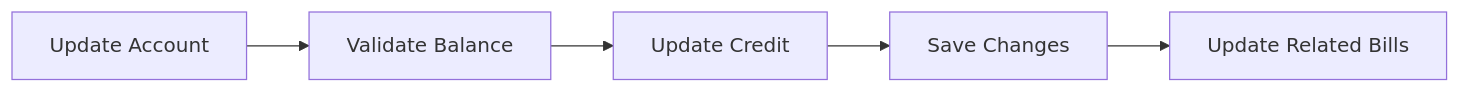
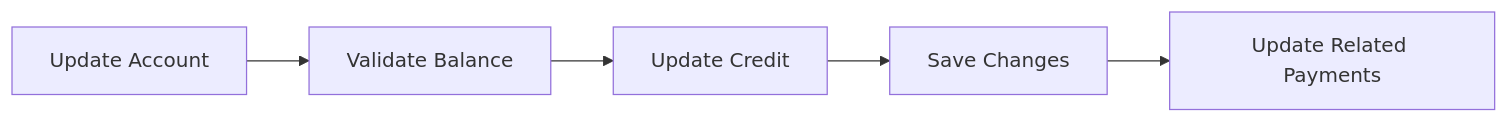
Before and after one commit to AstroMined/debtonator: the fifth of 6 diagrams in docs/system_patterns.md, drawn with Mermaid. The commit also changed other lines of this file and 28 other files, not shown here.

First line of the commit message:
refactor(models): implement bills/payments separation

````diff
--- a/docs/system_patterns.md
+++ b/docs/system_patterns.md
@@ -133,7 +146,7 @@
 ```mermaid
 graph LR
     A[Update Account] --> B[Validate Balance]
     B --> C[Update Credit]
     C --> D[Save Changes]
-    D --> E[Update Related Bills]
+    D --> E[Update Related Payments]
 ```
````
